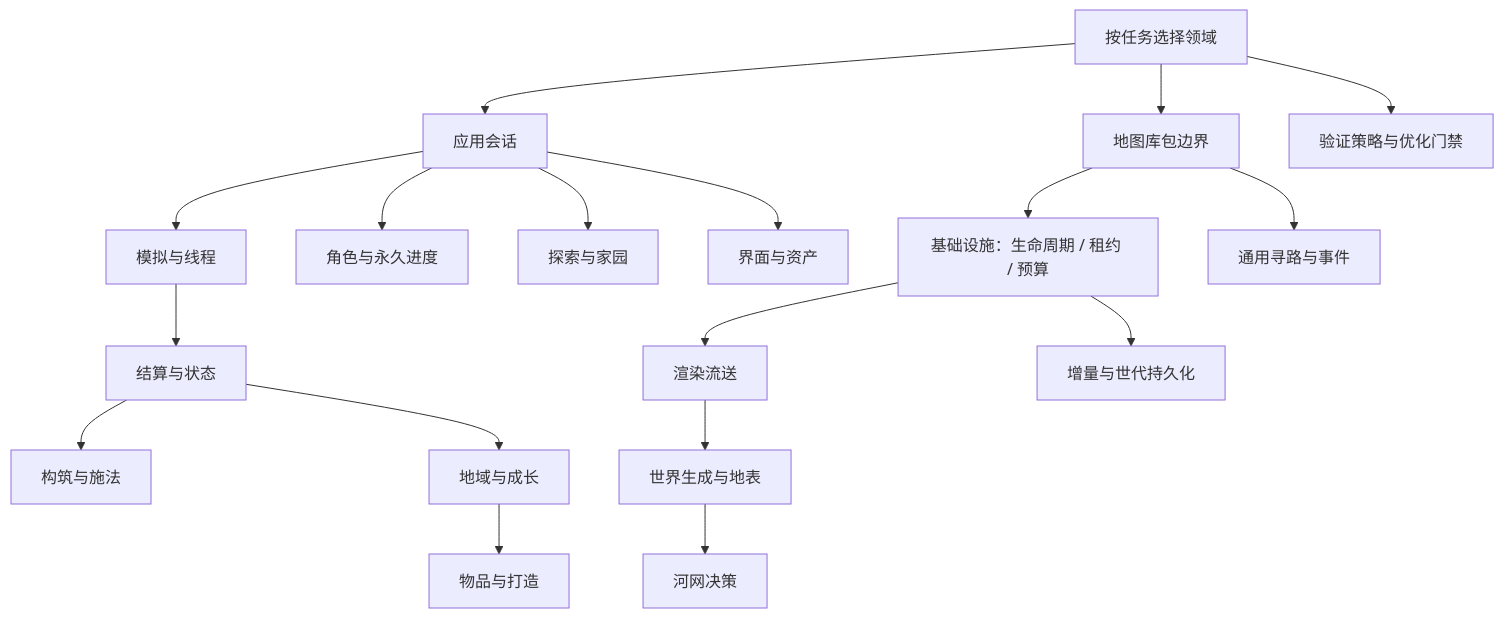
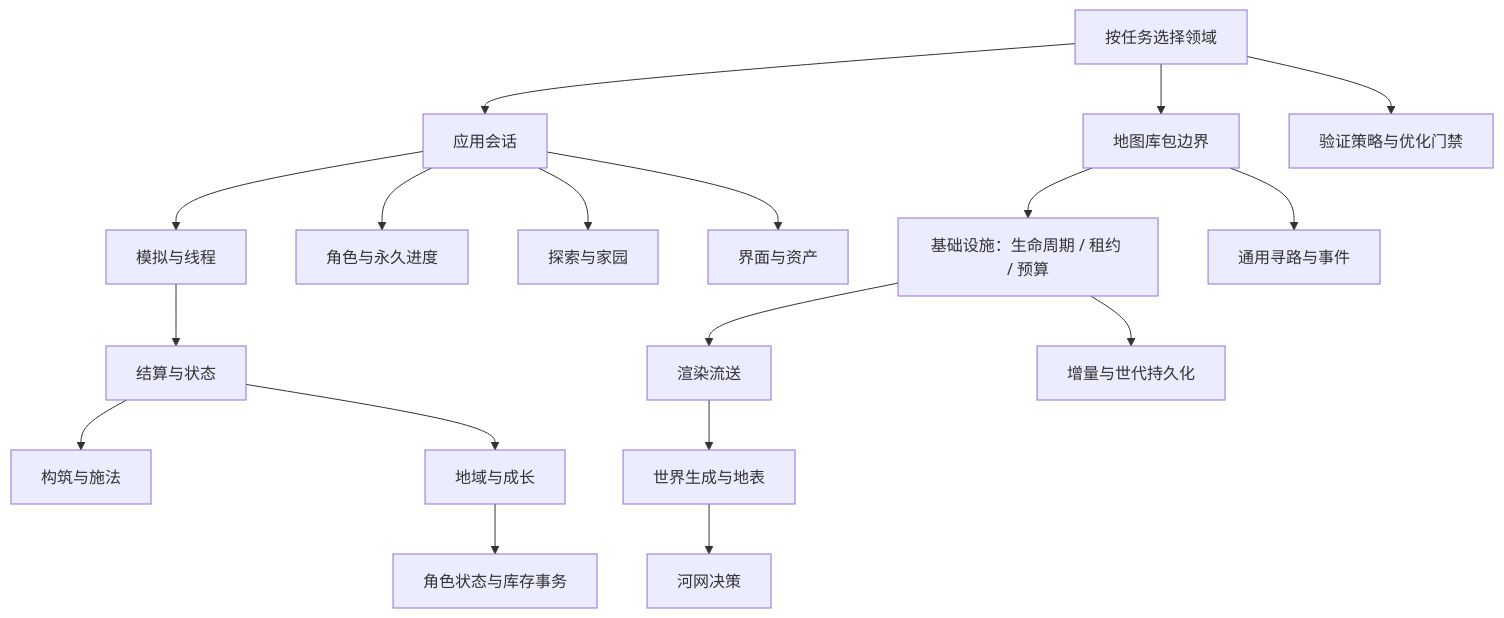
Before and after one commit to lanyik/lanyik: the diagram in docs/README.md, drawn with Mermaid. The commit also changed other lines of this file and 35 other files, not shown here.

````diff
--- a/docs/README.md
+++ b/docs/README.md
@@ -14,20 +14,20 @@
 ```mermaid
 flowchart TB
     index[按任务选择领域] --> app[应用会话]
     app --> sim[模拟与线程]
     sim --> combat[结算与状态]
     combat --> skills[构筑与施法]
     combat --> growth[地域与成长]
-    growth --> items[物品与打造]
+    growth --> items[角色状态与库存事务]
     app --> saves[角色与永久进度]
     app --> explore[探索与家园]
     app --> view[界面与资产]
     index --> pkg[地图库包边界]
     pkg --> infra[基础设施：生命周期 / 租约 / 预算]
     infra --> stream[渲染流送]
     stream --> world[世界生成与地表]
     world --> water[河网决策]
     infra --> persistence[增量与世代持久化]
     pkg --> path[通用寻路与事件]
     index --> checks[验证策略与优化门禁]
 ```
````
